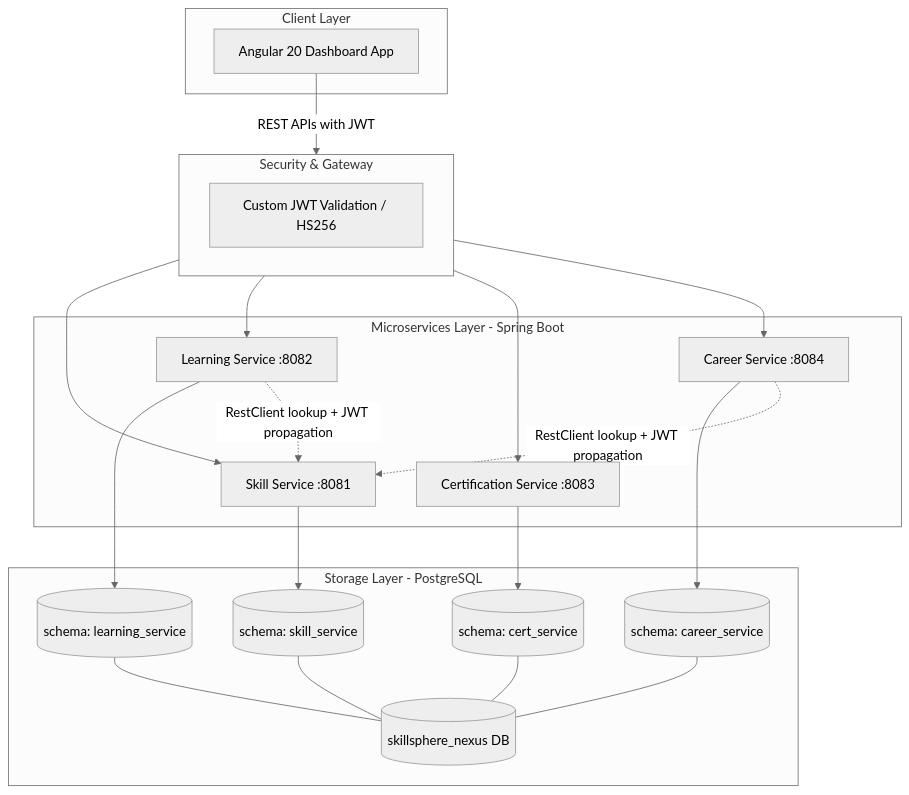
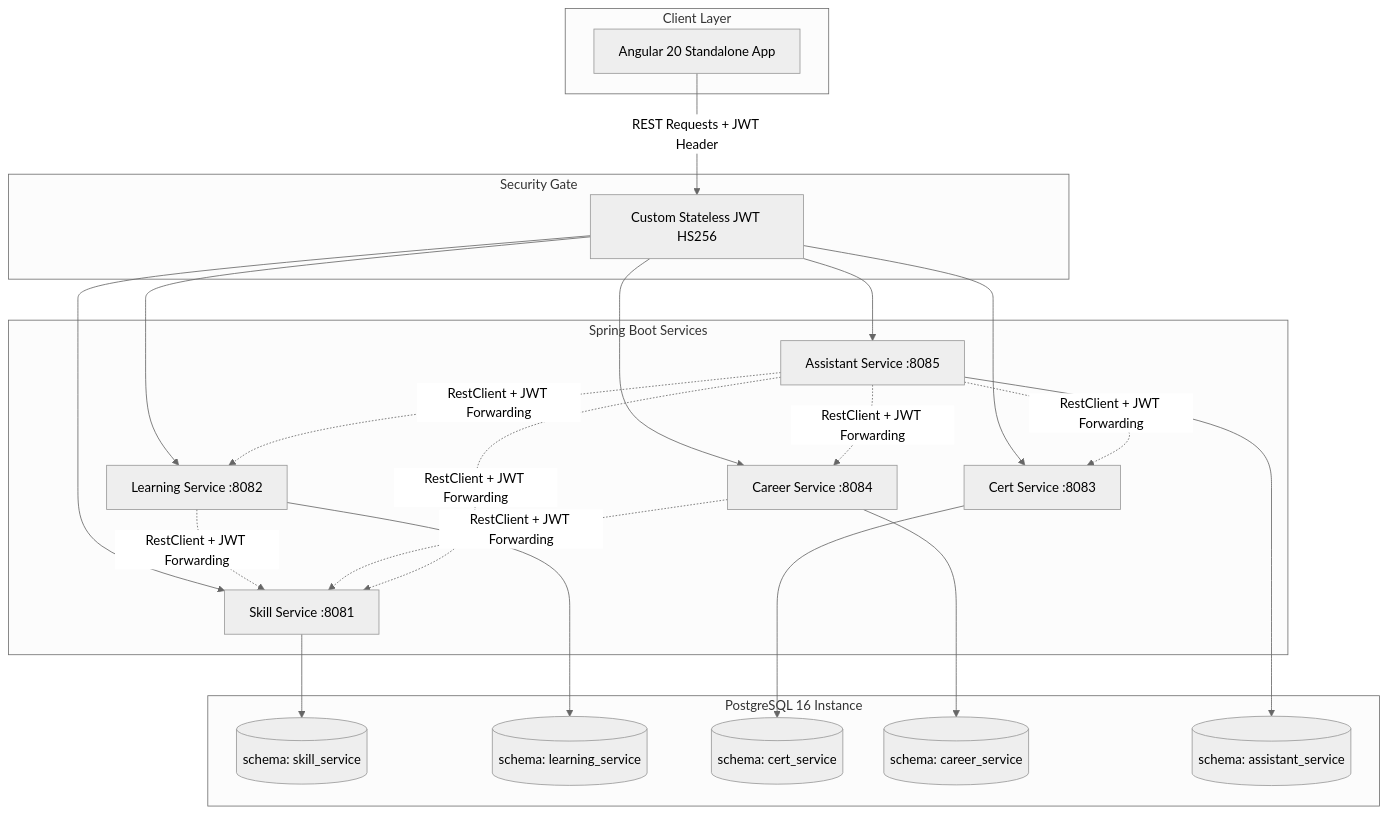
Before and after one commit to Kamal1506/Enterprise_Learning_Platform: the diagram in README.md, drawn with Mermaid (neutral theme). The commit also changed other lines of this file, not shown here.

````diff
--- a/README.md
+++ b/README.md
@@ -29,44 +36,38 @@
 ```mermaid
 graph TD
     subgraph Frontend [Client Layer]
-        Angular[Angular 20 Dashboard App]
+        Angular[Angular 20 Standalone App]
     end
 
-    subgraph Security [Security & Gateway]
-        JWT[Custom JWT Validation / HS256]
+    subgraph Security [Security Gate]
+        JWT[Custom Stateless JWT HS256]
     end
 
-    subgraph Services [Microservices Layer - Spring Boot]
+    subgraph Microservices [Spring Boot Services]
         Skill[Skill Service :8081]
         Learning[Learning Service :8082]
-        Cert[Certification Service :8083]
+        Cert[Cert Service :8083]
         Career[Career Service :8084]
+        Assist[Assistant Service :8085]
     end
 
-    subgraph Database [Storage Layer - PostgreSQL]
-        DB[(skillsphere_nexus DB)]
+    subgraph Storage [PostgreSQL 16 Instance]
         Schema1[(schema: skill_service)]
         Schema2[(schema: learning_service)]
         Schema3[(schema: cert_service)]
         Schema4[(schema: career_service)]
+        Schema5[(schema: assistant_service)]
     end
 
-    Angular -->|REST APIs with JWT| Security
-    Security --> Skill
-    Security --> Learning
-    Security --> Cert
-    Security --> Career
-
+    Angular -->|REST Requests + JWT Header| JWT
+    JWT --> Skill & Learning & Cert & Career & Assist
     Skill --> Schema1
     Learning --> Schema2
     Cert --> Schema3
     Career --> Schema4
-
-    Schema1 --- DB
-    Schema2 --- DB
-    Schema3 --- DB
-    Schema4 --- DB
-
-    Learning -.->|RestClient lookup + JWT propagation| Skill
-    Career -.->|RestClient lookup + JWT propagation| Skill
+    Assist --> Schema5
+    
+    Learning -.->|RestClient + JWT Forwarding| Skill
+    Career -.->|RestClient + JWT Forwarding| Skill
+    Assist -.->|RestClient + JWT Forwarding| Skill & Learning & Cert & Career
 ```
````
